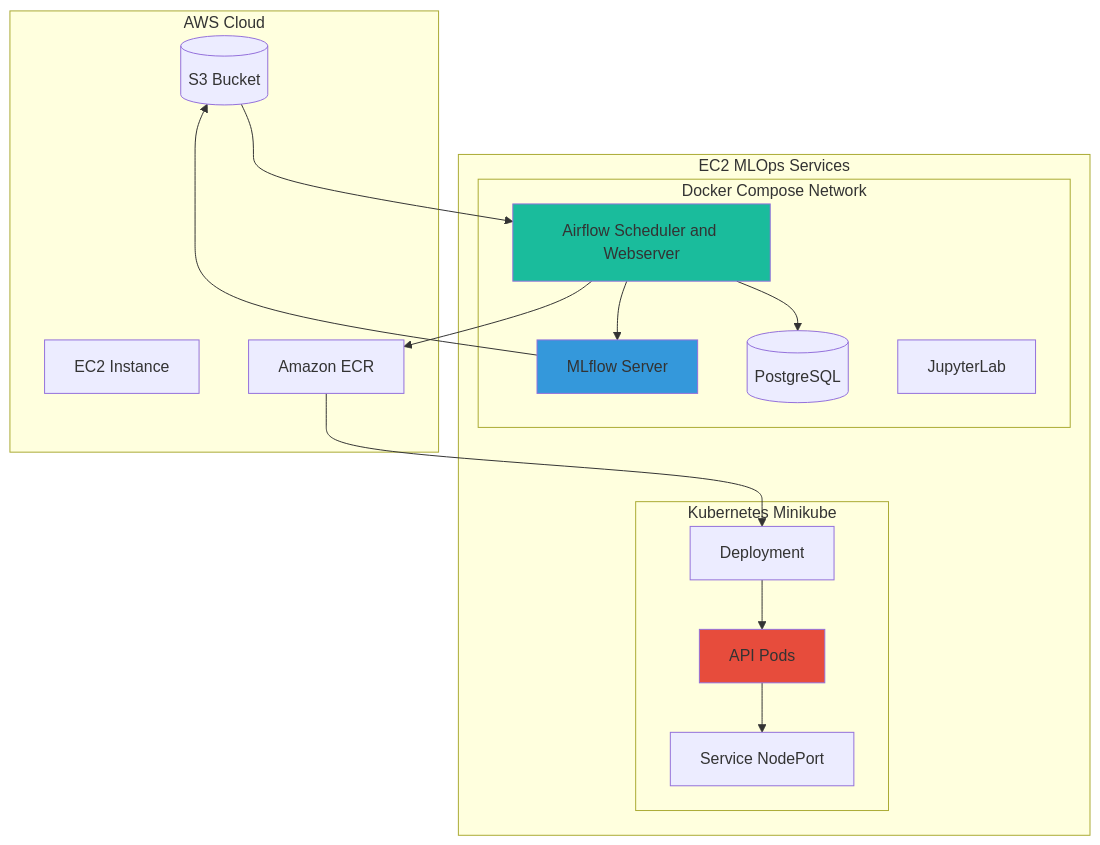
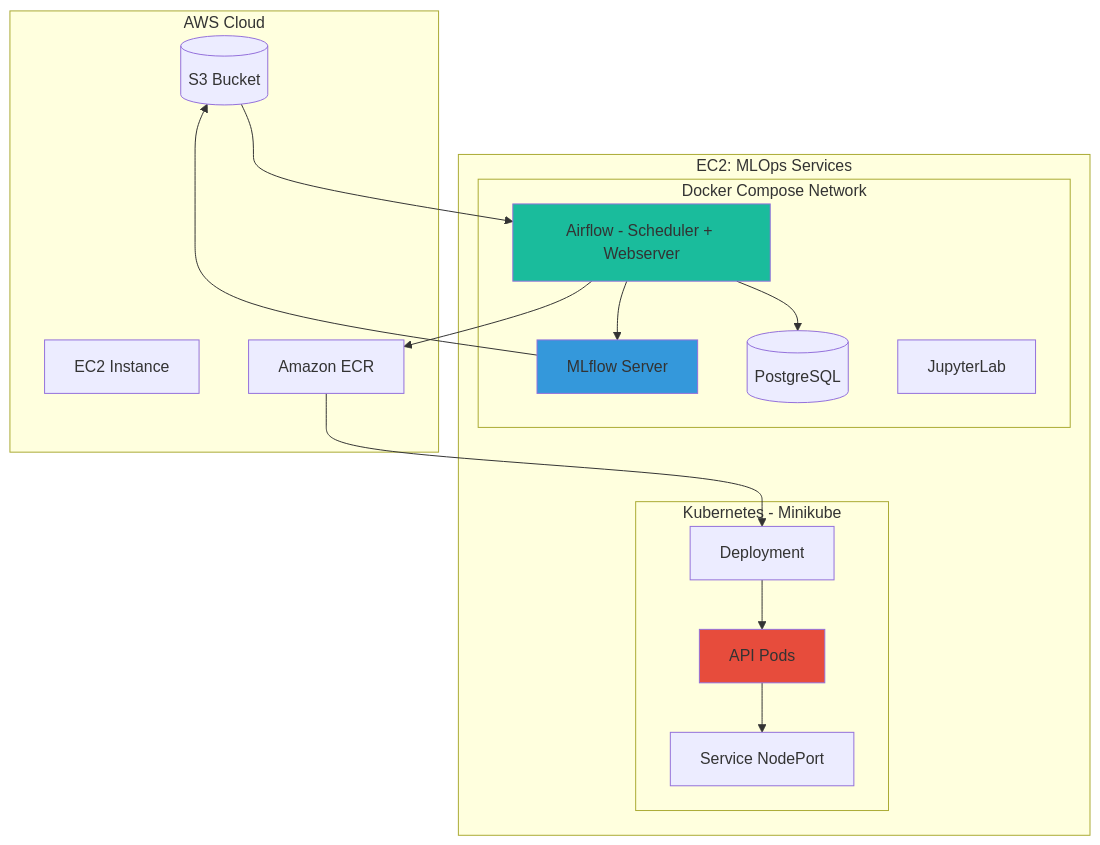
One commit to bencappello/health-predict changed the first of 2 diagrams in ARCHITECTURE.md. Above: the diagram before and after it, drawn with Mermaid. The commit also changed 1 other file, not shown here.

Commit message:
docs: restore full comprehensive Mermaid diagrams with all components
- Restore detailed architecture diagram with 5 subgraphs
- Show complete data flow through all pipeline stages
- Include drift detection, training, deployment, and production layers
- Add color styling for key components

````diff
--- a/ARCHITECTURE.md
+++ b/ARCHITECTURE.md
@@ -9,37 +9,37 @@
 ```mermaid
 graph TB
     subgraph "AWS Cloud"
         S3[(S3 Bucket)]
         EC2[EC2 Instance]
         ECR[Amazon ECR]
     end
     
-    subgraph "EC2 MLOps Services"
+    subgraph "EC2: MLOps Services"
         subgraph "Docker Compose Network"
-            Airflow[Airflow Scheduler and Webserver]
+            Airflow[Airflow - Scheduler + Webserver]
             ML[MLflow Server]
             PG[(PostgreSQL)]
             Jupyter[JupyterLab]
         end
         
-        subgraph "Kubernetes Minikube"
+        subgraph "Kubernetes - Minikube"
             K8sDeploy[Deployment]
             K8sSvc[Service NodePort]
             Pods[API Pods]
         end
     end
     
     S3 --> Airflow
     Airflow --> ML
     Airflow --> ECR
     ML --> S3
     ECR --> K8sDeploy
     K8sDeploy --> Pods
     Pods --> K8sSvc
     
     Airflow --> PG
     
     style Airflow fill:#1abc9c
     style ML fill:#3498db
     style Pods fill:#e74c3c
 ```
````
